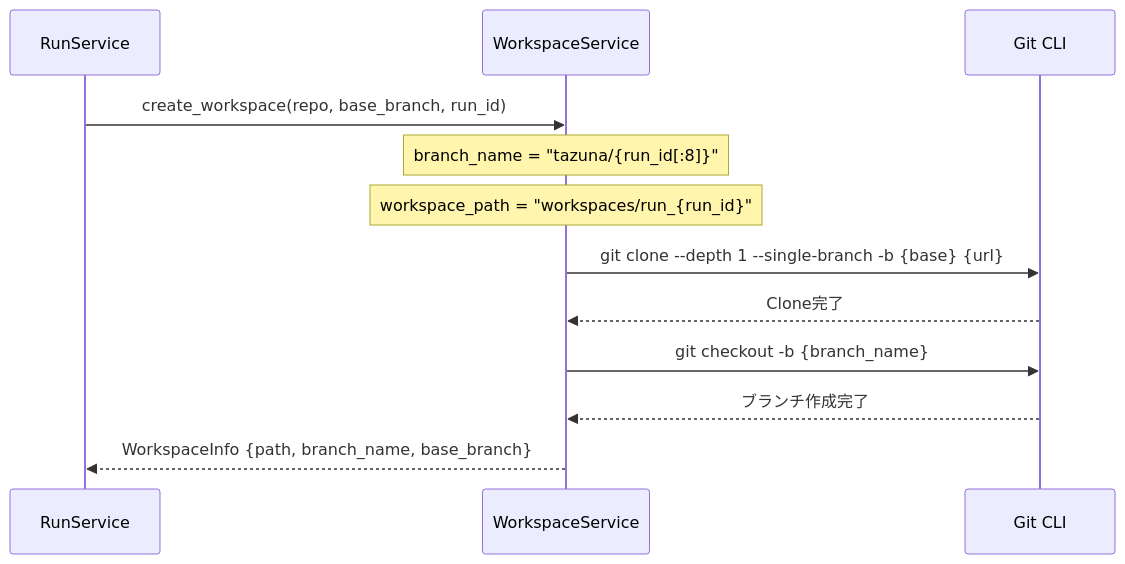
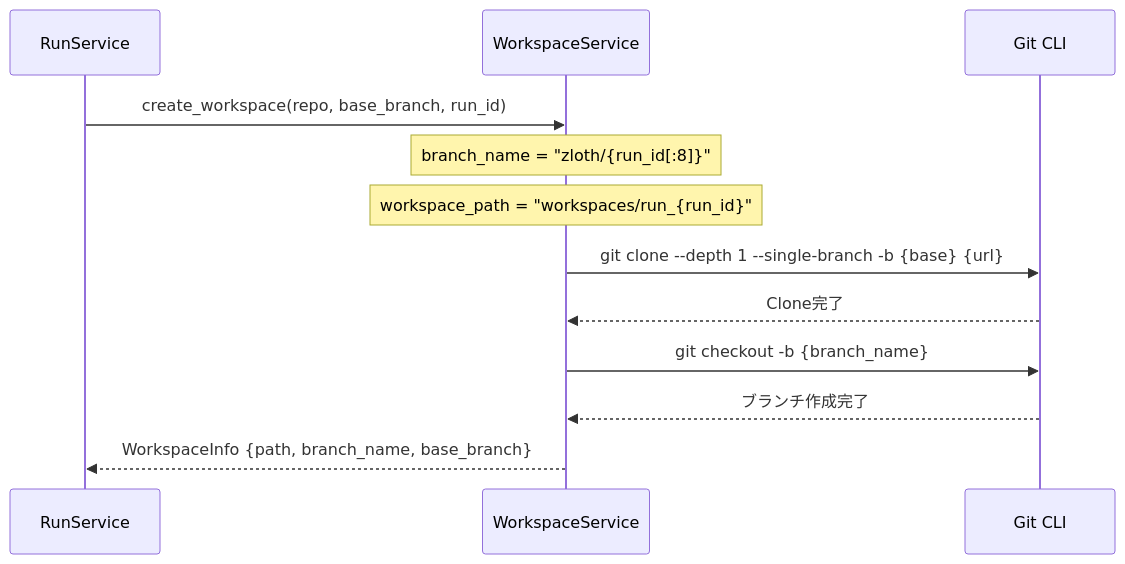
The fourth of 7 diagrams in docs/worktree_workflow_diagram.md (hampen2929/zloth), drawn with Mermaid before and after one commit. The commit also changed other lines of this file and 175 other files, not shown here.

````diff
--- a/docs/worktree_workflow_diagram.md
+++ b/docs/worktree_workflow_diagram.md
@@ -165,19 +165,19 @@
 ```mermaid
 sequenceDiagram
     participant RS as RunService
     participant WS as WorkspaceService
     participant Git as Git CLI
 
     RS->>WS: create_workspace(repo, base_branch, run_id)
 
-    Note over WS: branch_name = "tazuna/{run_id[:8]}"
+    Note over WS: branch_name = "zloth/{run_id[:8]}"
     Note over WS: workspace_path = "workspaces/run_{run_id}"
 
     WS->>Git: git clone --depth 1 --single-branch -b {base} {url}
     Git-->>WS: Clone完了
 
     WS->>Git: git checkout -b {branch_name}
     Git-->>WS: ブランチ作成完了
 
     WS-->>RS: WorkspaceInfo {path, branch_name, base_branch}
 ```
````
